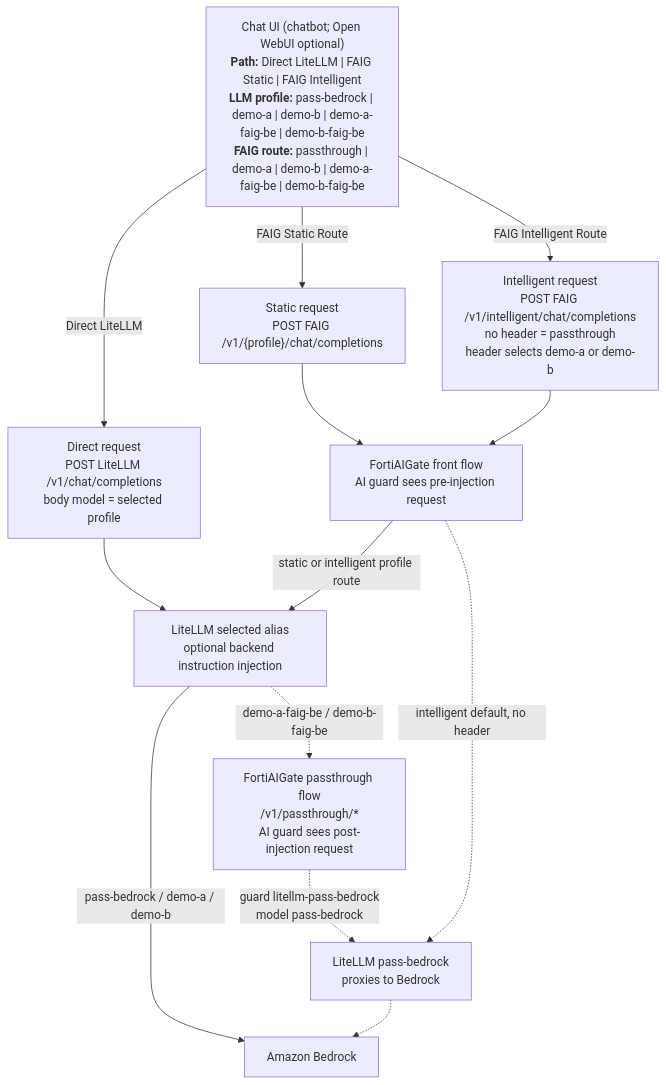
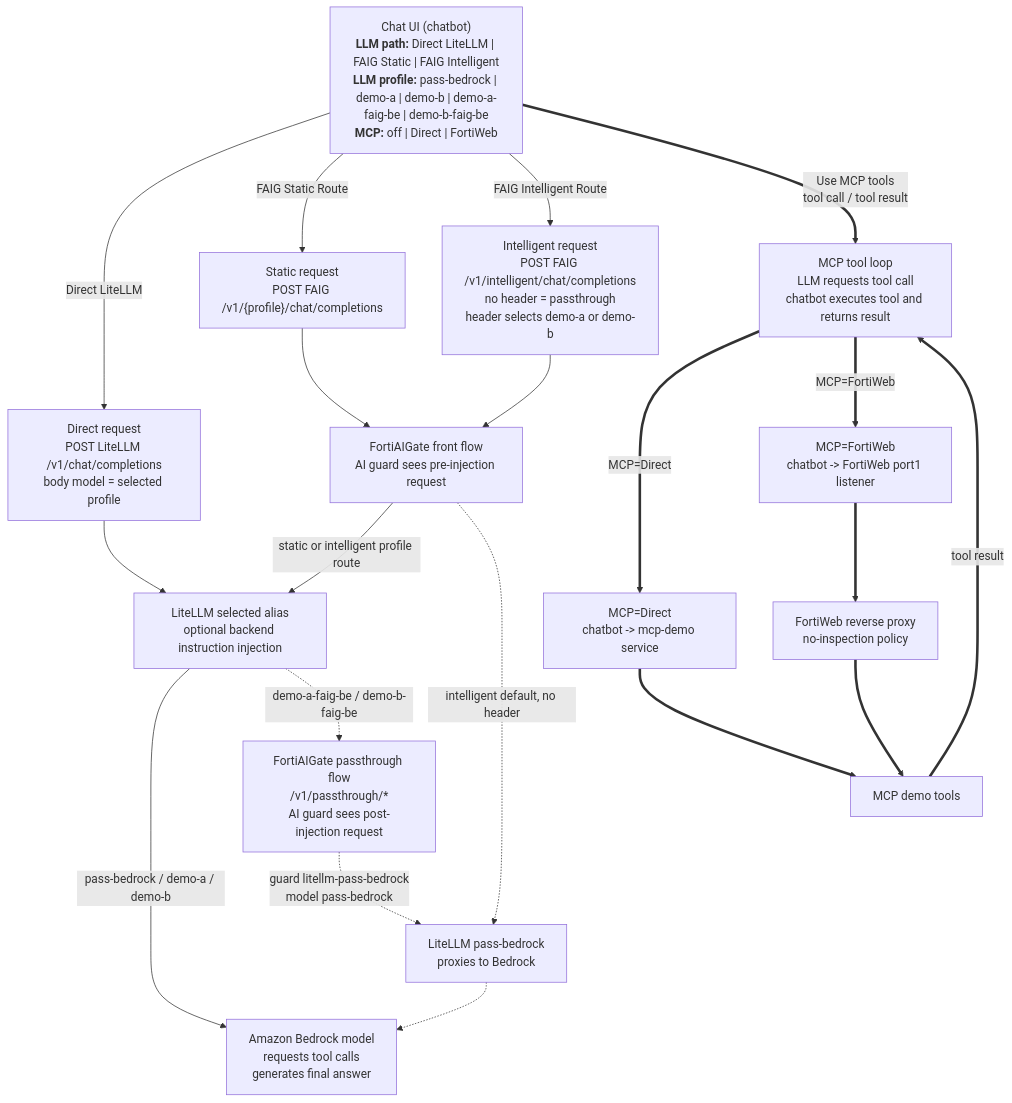
One commit to mabutterfield/fortiaigate_demo changed the diagram in docs/FortiAIGate-initial-config.MD. Above: the diagram before and after it, drawn with Mermaid. The commit also changed other lines of this file and 106 other files, not shown here.

````diff
--- a/docs/FortiAIGate-initial-config.MD
+++ b/docs/FortiAIGate-initial-config.MD
@@ -22,29 +22,41 @@
 ```mermaid
 flowchart TD
-    UI["Chat UI (chatbot; Open WebUI optional)<br/><b>Path:</b> Direct LiteLLM | FAIG Static | FAIG Intelligent<br/><b>LLM profile:</b> pass-bedrock | demo-a | demo-b | demo-a-faig-be | demo-b-faig-be<br/><b>FAIG route:</b> passthrough | demo-a | demo-b | demo-a-faig-be | demo-b-faig-be"]
+    UI["Chat UI (chatbot)<br/><b>LLM path:</b> Direct LiteLLM | FAIG Static | FAIG Intelligent<br/><b>LLM profile:</b> pass-bedrock | demo-a | demo-b | demo-a-faig-be | demo-b-faig-be<br/><b>MCP:</b> off | Direct | FortiWeb"]
 
     RD["Direct request<br/>POST LiteLLM /v1/chat/completions<br/>body model = selected profile"]
     RS["Static request<br/>POST FAIG /v1/{profile}/chat/completions"]
     RI["Intelligent request<br/>POST FAIG /v1/intelligent/chat/completions<br/>no header = passthrough<br/>header selects demo-a or demo-b"]
+    MT["MCP tool loop<br/>LLM requests tool call<br/>chatbot executes tool and returns result"]
+    MD["MCP=Direct<br/>chatbot -> mcp-demo service"]
+    MFW["MCP=FortiWeb<br/>chatbot -> FortiWeb port1 listener"]
+    FWB["FortiWeb reverse proxy<br/>no-inspection policy"]
+    MCP["MCP demo tools"]
 
     FAIG["FortiAIGate front flow<br/>AI guard sees pre-injection request"]
     LL["LiteLLM selected alias<br/>optional backend instruction injection"]
     FB["FortiAIGate passthrough flow<br/>/v1/passthrough/*<br/>AI guard sees post-injection request"]
     LP["LiteLLM pass-bedrock<br/>proxies to Bedrock"]
-    BR["Amazon Bedrock"]
+    BR["Amazon Bedrock model<br/>requests tool calls<br/>generates final answer"]
 
     UI -->|"Direct LiteLLM"| RD
     UI -->|"FAIG Static Route"| RS
     UI -->|"FAIG Intelligent Route"| RI
+    UI ==>|"Use MCP tools<br/>tool call / tool result"| MT
 
     RD --> LL
     RS --> FAIG
     RI --> FAIG
     FAIG -->|"static or intelligent profile route"| LL
     FAIG -.->|"intelligent default, no header"| LP
 
     LL -->|"pass-bedrock / demo-a / demo-b"| BR
     LL -.->|"demo-a-faig-be / demo-b-faig-be"| FB
     FB -.->|"guard litellm-pass-bedrock<br/>model pass-bedrock"| LP
     LP -.-> BR
+    MT ==>|"MCP=Direct"| MD
+    MT ==>|"MCP=FortiWeb"| MFW
+    MD ==> MCP
+    MFW ==> FWB
+    FWB ==> MCP
+    MCP ==>|"tool result"| MT
 ```
````
